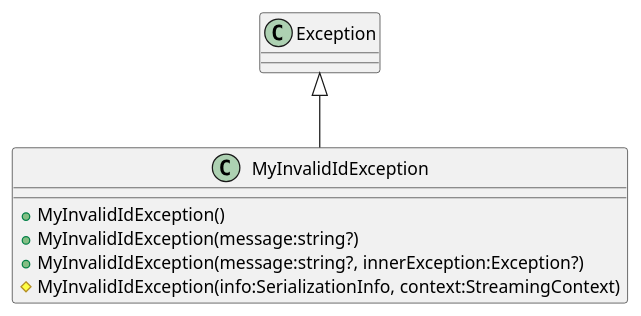
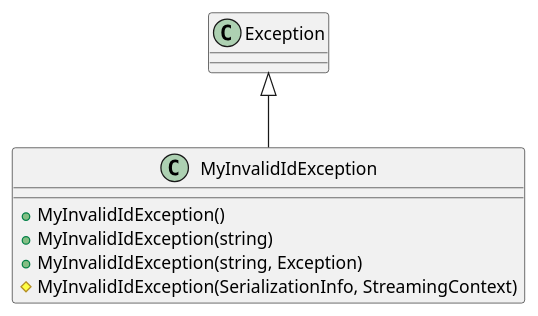
The diagram in generatedPuml/MyInvalidIdException.puml (MichaelBehringer/Programmentwurf), drawn with PlantUML before and after one commit. The commit also changed 11 other files, not shown here.

```diff
--- a/generatedPuml/MyInvalidIdException.puml
+++ b/generatedPuml/MyInvalidIdException.puml
@@ -1,9 +1,9 @@
 @startuml
 class MyInvalidIdException {
     + MyInvalidIdException()
-    + MyInvalidIdException(message:string?)
-    + MyInvalidIdException(message:string?, innerException:Exception?)
-    # MyInvalidIdException(info:SerializationInfo, context:StreamingContext)
+    + MyInvalidIdException(string)
+    + MyInvalidIdException(string, Exception)
+    # MyInvalidIdException(SerializationInfo, StreamingContext)
 }
 Exception <|-- MyInvalidIdException
 @enduml
```
